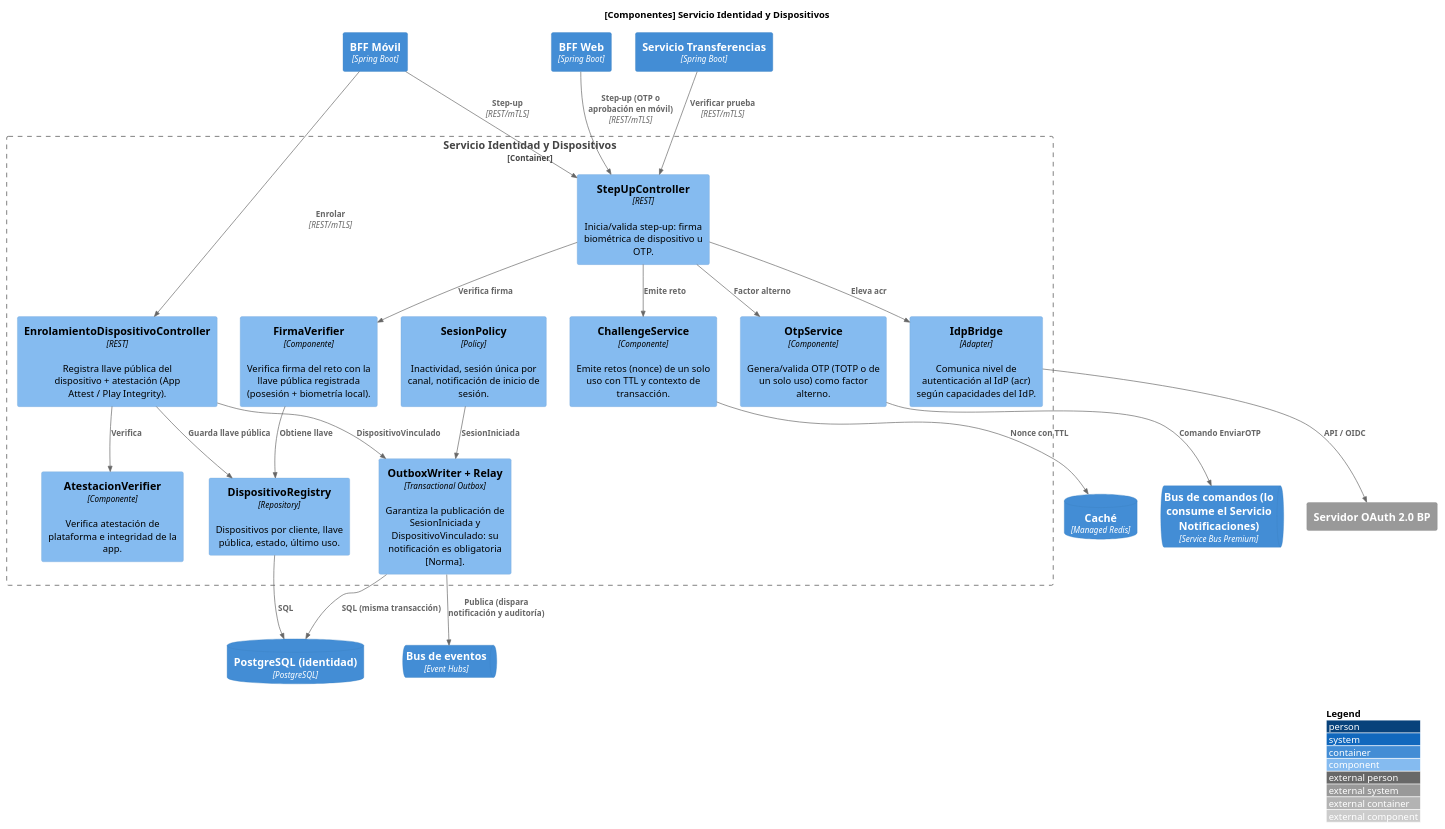
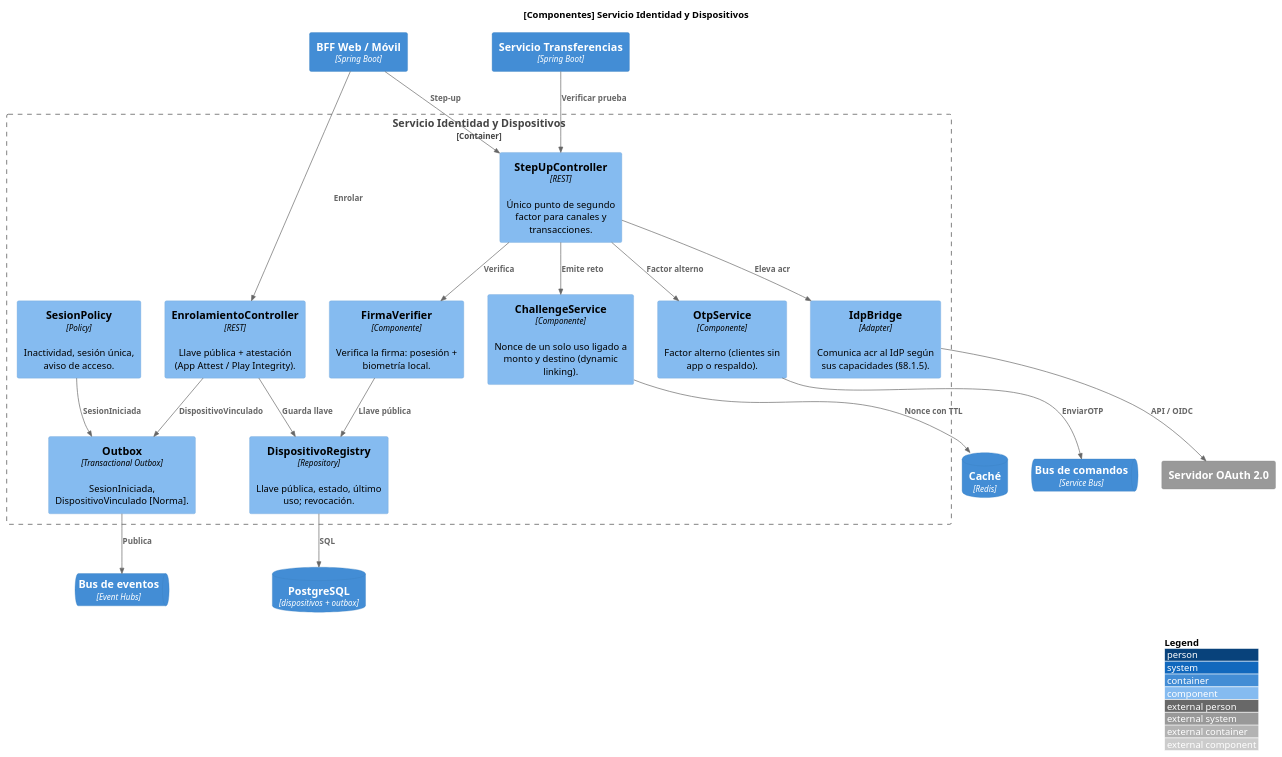
The seventh of 13 diagrams in Propuesta_Arquitectura_BP.md (dledesman/banca-por-internet), drawn with PlantUML before and after one commit. The commit also changed other lines of this file and 15 other files, not shown here.

Commit message:
Actualización propuesta de arquitectura y diagramas

````diff
--- a/Propuesta_Arquitectura_BP.md
+++ b/Propuesta_Arquitectura_BP.md
@@ -900,49 +549,44 @@
 ```plantuml
 @startuml C4_Componentes_Identidad
 !include <C4/C4_Component>
 LAYOUT_WITH_LEGEND()
 title [Componentes] Servicio Identidad y Dispositivos
 
-Container(bffm, "BFF Móvil", "Spring Boot")
-Container(bffw, "BFF Web", "Spring Boot")
+Container(bff, "BFF Web / Móvil", "Spring Boot")
 Container(sTrf, "Servicio Transferencias", "Spring Boot")
-ContainerDb(pg, "PostgreSQL (identidad)", "PostgreSQL")
-ContainerDb(redis, "Caché", "Managed Redis")
+ContainerDb(pg, "PostgreSQL", "dispositivos + outbox")
+ContainerDb(redis, "Caché", "Redis")
+ContainerQueue(sbus, "Bus de comandos", "Service Bus")
 ContainerQueue(evh, "Bus de eventos", "Event Hubs")
-System_Ext(idp, "Servidor OAuth 2.0 BP")
-ContainerQueue(sbus, "Bus de comandos (lo consume el Servicio Notificaciones)", "Service Bus Premium")
+System_Ext(idp, "Servidor OAuth 2.0")
 
 Container_Boundary(ide, "Servicio Identidad y Dispositivos") {
-  Component(enr, "EnrolamientoDispositivoController", "REST", "Registra llave pública del dispositivo + atestación (App Attest / Play Integrity).")
-  Component(att, "AtestacionVerifier", "Componente", "Verifica atestación de plataforma e integridad de la app.")
-  Component(reg, "DispositivoRegistry", "Repository", "Dispositivos por cliente, llave pública, estado, último uso.")
-  Component(chal, "ChallengeService", "Componente", "Emite retos (nonce) de un solo uso con TTL y contexto de transacción.")
-  Component(ver, "FirmaVerifier", "Componente", "Verifica firma del reto con la llave pública registrada (posesión + biometría local).")
-  Component(step, "StepUpController", "REST", "Inicia/valida step-up: firma biométrica de dispositivo u OTP.")
-  Component(otpS, "OtpService", "Componente", "Genera/valida OTP (TOTP o de un solo uso) como factor alterno.")
-  Component(bridge, "IdpBridge", "Adapter", "Comunica nivel de autenticación al IdP (acr) según capacidades del IdP.")
-  Component(sess, "SesionPolicy", "Policy", "Inactividad, sesión única por canal, notificación de inicio de sesión.")
-  Component(outbox, "OutboxWriter + Relay", "Transactional Outbox", "Garantiza la publicación de SesionIniciada y DispositivoVinculado: su notificación es obligatoria [Norma].")
+  Component(enr, "EnrolamientoController", "REST", "Llave pública + atestación (App Attest / Play Integrity).")
+  Component(reg, "DispositivoRegistry", "Repository", "Llave pública, estado, último uso; revocación.")
+  Component(step, "StepUpController", "REST", "Único punto de segundo factor para canales y transacciones.")
+  Component(chal, "ChallengeService", "Componente", "Nonce de un solo uso ligado a monto y destino (dynamic linking).")
+  Component(ver, "FirmaVerifier", "Componente", "Verifica la firma: posesión + biometría local.")
+  Component(otp, "OtpService", "Componente", "Factor alterno (clientes sin app o respaldo).")
+  Component(bridge, "IdpBridge", "Adapter", "Comunica acr al IdP según sus capacidades (§8.1.5).")
+  Component(sess, "SesionPolicy", "Policy", "Inactividad, sesión única, aviso de acceso.")
+  Component(outbox, "Outbox", "Transactional Outbox", "SesionIniciada, DispositivoVinculado [Norma].")
 }
 
-Rel(bffm, enr, "Enrolar", "REST/mTLS")
-Rel(enr, att, "Verifica")
-Rel(enr, reg, "Guarda llave pública")
+Rel(bff, enr, "Enrolar")
+Rel(enr, reg, "Guarda llave")
 Rel(reg, pg, "SQL")
-Rel(bffm, step, "Step-up", "REST/mTLS")
-Rel(bffw, step, "Step-up (OTP o aprobación en móvil)", "REST/mTLS")
-Rel(sTrf, step, "Verificar prueba", "REST/mTLS")
+Rel(bff, step, "Step-up")
+Rel(sTrf, step, "Verificar prueba")
 Rel(step, chal, "Emite reto")
 Rel(chal, redis, "Nonce con TTL")
-Rel(step, ver, "Verifica firma")
-Rel(ver, reg, "Obtiene llave")
-Rel(step, otpS, "Factor alterno")
-Rel(otpS, sbus, "Comando EnviarOTP")
+Rel(step, ver, "Verifica")
+Rel(ver, reg, "Llave pública")
+Rel(step, otp, "Factor alterno")
+Rel(otp, sbus, "EnviarOTP")
 Rel(step, bridge, "Eleva acr")
 Rel(bridge, idp, "API / OIDC")
 Rel(sess, outbox, "SesionIniciada")
 Rel(enr, outbox, "DispositivoVinculado")
-Rel(outbox, pg, "SQL (misma transacción)")
-Rel(outbox, evh, "Publica (dispara notificación y auditoría)")
+Rel(outbox, evh, "Publica")
 @enduml
 ```
````
